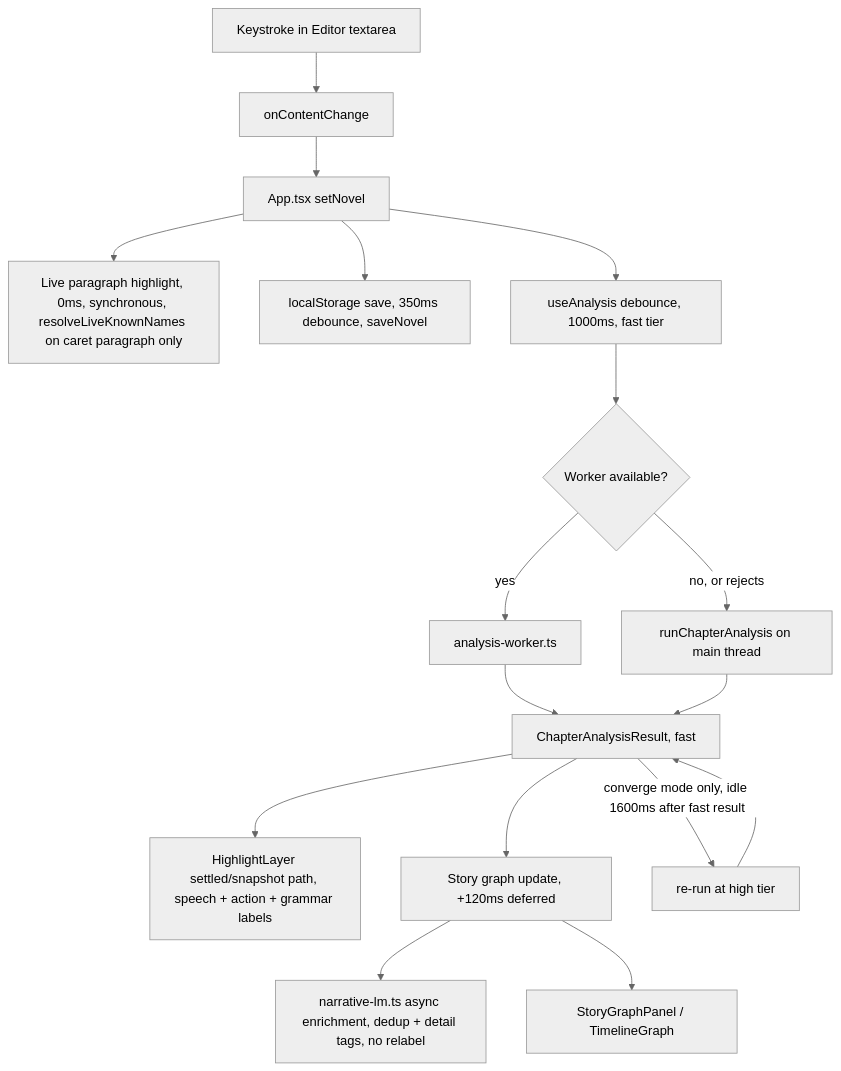
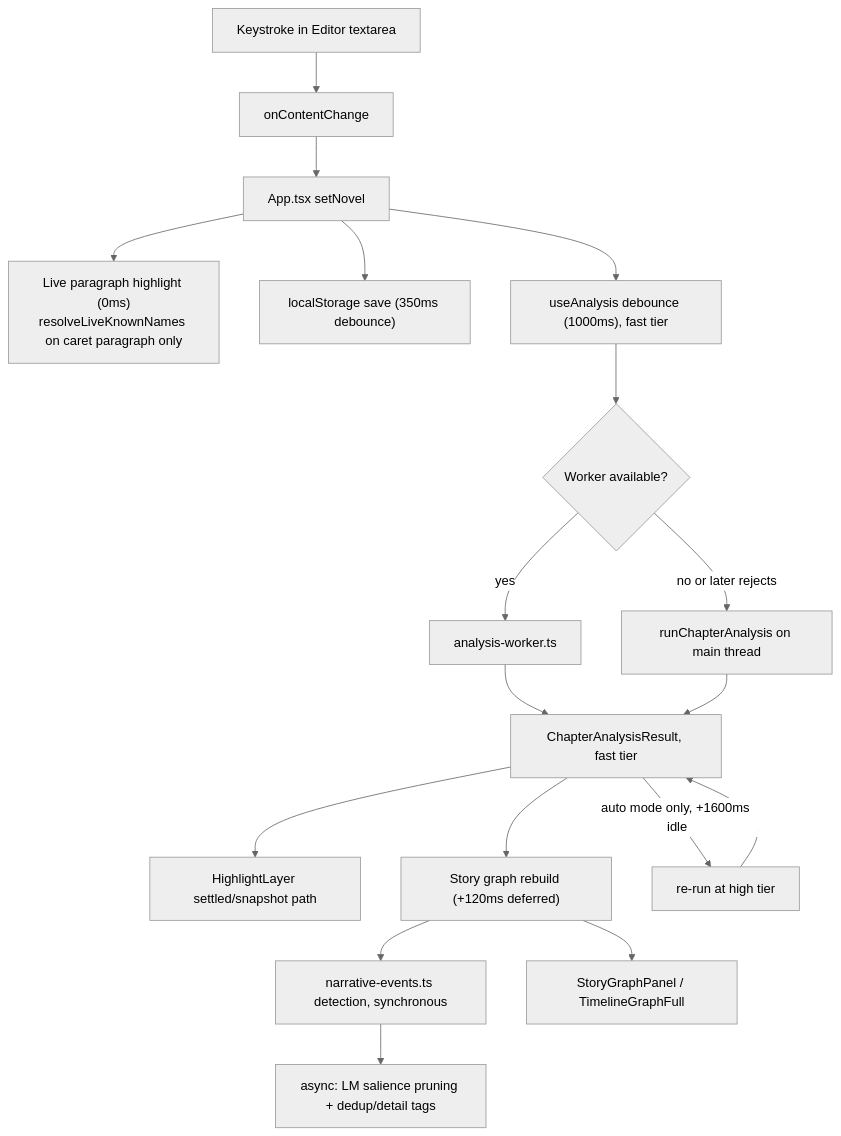
One commit to Piyakorn2112/LATENT-WRITE changed the first of 2 diagrams in ARCHITECTURE.md. Above: the diagram before and after it, drawn with Mermaid (neutral theme). The commit also changed other lines of this file and 4 other files, not shown here.

````diff
--- a/ARCHITECTURE.md
+++ b/ARCHITECTURE.md
@@ -20,23 +31,24 @@
 ```mermaid
 flowchart TD
     K[Keystroke in Editor textarea] --> OC[onContentChange]
     OC --> SN[App.tsx setNovel]
 
-    SN --> LIVE[Live paragraph highlight, 0ms, synchronous, resolveLiveKnownNames on caret paragraph only]
-    SN --> PERSIST[localStorage save, 350ms debounce, saveNovel]
-    SN --> ANALYSIS[useAnalysis debounce, 1000ms, fast tier]
+    SN --> LIVE["Live paragraph highlight (0ms)\nresolveLiveKnownNames on caret paragraph only"]
+    SN --> PERSIST["localStorage save (350ms debounce)"]
+    SN --> ANALYSIS["useAnalysis debounce (1000ms), fast tier"]
 
     ANALYSIS --> WORKER{Worker available?}
     WORKER -->|yes| AW[analysis-worker.ts]
-    WORKER -->|no, or rejects| MAIN[runChapterAnalysis on main thread]
-    AW --> RESULT[ChapterAnalysisResult, fast]
+    WORKER -->|no or later rejects| MAIN[runChapterAnalysis on main thread]
+    AW --> RESULT[ChapterAnalysisResult, fast tier]
     MAIN --> RESULT
 
-    RESULT --> HL[HighlightLayer settled/snapshot path, speech + action + grammar labels]
-    RESULT --> SG[Story graph update, +120ms deferred]
-    SG --> LM[narrative-lm.ts async enrichment, dedup + detail tags, no relabel]
-    SG --> PANEL[StoryGraphPanel / TimelineGraph]
+    RESULT --> HL[HighlightLayer settled/snapshot path]
+    RESULT --> SG["Story graph rebuild (+120ms deferred)"]
+    SG --> EV["narrative-events.ts detection, synchronous"]
+    EV --> LM["async: LM salience pruning + dedup/detail tags"]
+    SG --> PANEL[StoryGraphPanel / TimelineGraphFull]
 
-    RESULT -->|converge mode only, idle 1600ms after fast result| REFINE["re-run at high tier"]
+    RESULT -->|"auto mode only, +1600ms idle"| REFINE["re-run at high tier"]
     REFINE --> RESULT
 ```
````
